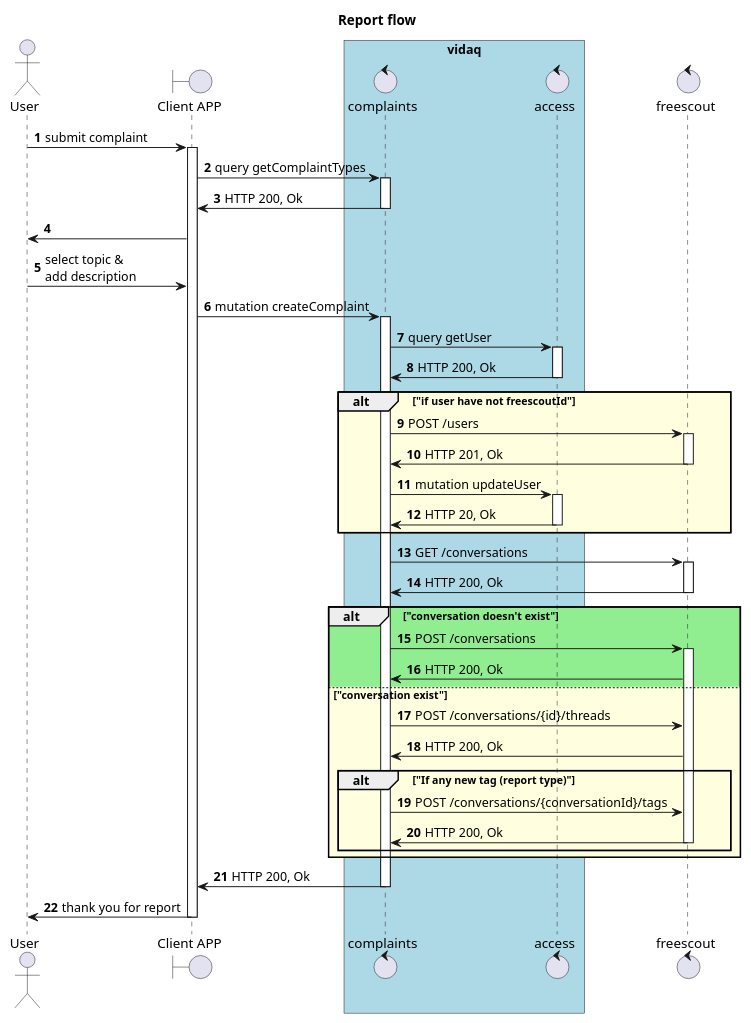
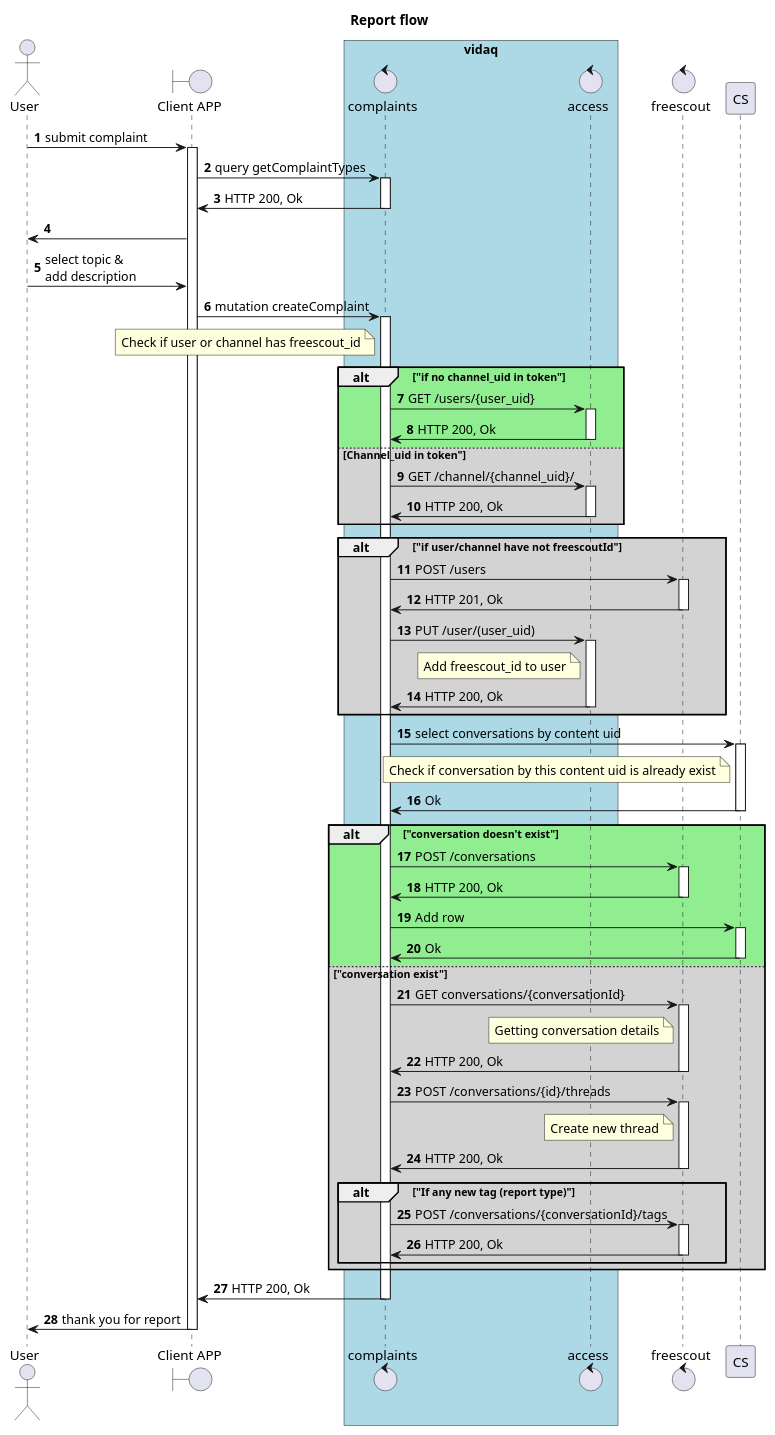
One commit to algruwork/work changed the diagram in schemas/freescout.puml. Above: the diagram before and after it, drawn with PlantUML.

Commit message:
create complaint flow (api) - add fixes part 6

```diff
--- a/schemas/freescout.puml
+++ b/schemas/freescout.puml
@@ -1,66 +1,104 @@
 @startuml
 
 title "Report flow"
 
 actor User as U
 boundary "Client APP" as GUI
 box "vidaq" #LightBlue
 control "complaints" as C
 control "access" as A
 end box
 control "freescout" as F
 
 autonumber
 
 U -> GUI: submit complaint
 activate GUI
 GUI -> C: query getComplaintTypes
 activate C
 C -> GUI: HTTP 200, Ok
 deactivate C
 
 GUI -> U:
 U -> GUI: select topic & \nadd description
 
 GUI -> C: mutation createComplaint
 activate C
-C -> A: query getUser
+note left C
+Check if user or channel has freescout_id
+end note
+alt #LightGreen "if no channel_uid in token"
+C -> A: GET /users/{user_uid}
 activate A
 A -> C: HTTP 200, Ok
 deactivate A
+else #LightGrey Channel_uid in token"
+C -> A: GET /channel/{channel_uid}/
+activate A
+A -> C: HTTP 200, Ok
+deactivate A
+end
 
-alt #LightYellow "if user have not freescoutId"
+alt #LightGrey "if user/channel have not freescoutId"
 C -> F: POST /users
 activate F
 F -> C: HTTP 201, Ok
 deactivate F
-C -> A: mutation updateUser
+C -> A: PUT /user/(user_uid)
 activate A
-A -> C: HTTP 20, Ok
+note left A
+Add freescout_id to user
+end note
+A -> C: HTTP 200, Ok
 deactivate A
 end
 
-C -> F: GET /conversations
-activate F
-F -> C: HTTP 200, Ok
-deactivate F
+C -> CS: select conversations by content uid
+activate CS
+note left CS
+Check if conversation by this content uid is already exist
+end note
+CS -> C: Ok
+deactivate CS
+
+
+
 alt #LightGreen "conversation doesn't exist"
 C -> F: POST /conversations
 activate F
 F -> C: HTTP 200, Ok
-else #LightYellow "conversation exist"
+deactivate F
+C -> CS: Add row
+activate CS
+CS -> C: Ok
+deactivate CS
+else #LightGrey "conversation exist"
+C -> F: GET conversations/{conversationId}
+activate F
+note left F
+Getting conversation details
+end note
+F -> C: HTTP 200, Ok
+deactivate F
 C -> F: POST /conversations/{id}/threads
+activate F
+note left F
+Create new thread
+end note
 F -> C: HTTP 200, Ok
+deactivate F
+
 alt "If any new tag (report type)"
 C -> F: POST /conversations/{conversationId}/tags
+activate F
 F -> C: HTTP 200, Ok
 deactivate F
 end
 end
 
 C -> GUI: HTTP 200, Ok
 deactivate C
 GUI -> U: thank you for report
 deactivate GUI
 
 @enduml
```
